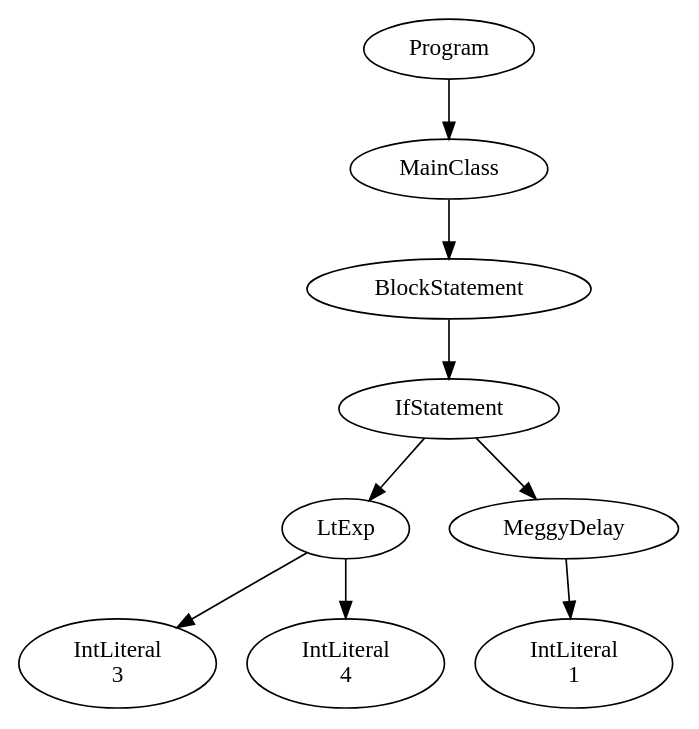
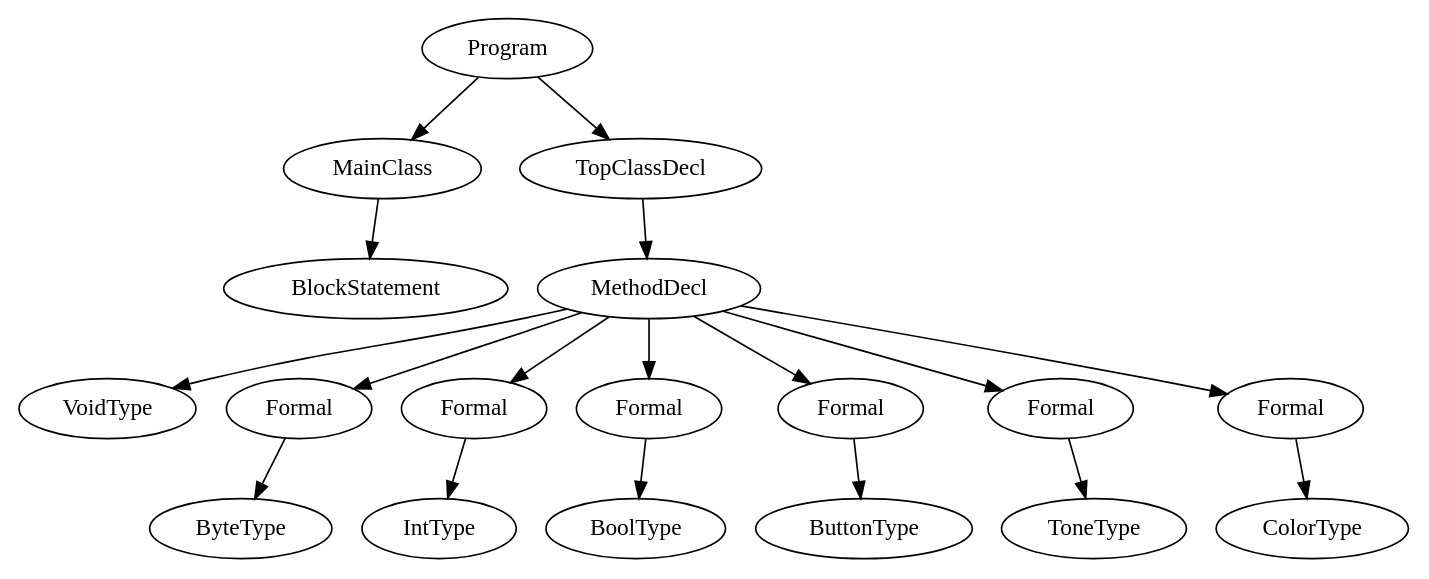
Before and after one commit to Ajith20/MeggyJava-compiler: the diagram in PA4/PA4Example1.java.ast.dot, drawn with Graphviz. The commit also changed 4 other files, not shown here.

Commit message:
Added MeggyToneStart and toneExp AVRgen stuff

```diff
--- a/PA4/PA4Example1.java.ast.dot
+++ b/PA4/PA4Example1.java.ast.dot
@@ -1,19 +1,37 @@
 digraph ASTGraph {
 0 [ label="Program" ];
 1 [ label="MainClass" ];
 0 -> 1
 2 [ label="BlockStatement" ];
 1 -> 2
-3 [ label="IfStatement" ];
-2 -> 3
-4 [ label="LtExp" ];
+3 [ label="TopClassDecl" ];
+0 -> 3
+4 [ label="MethodDecl" ];
 3 -> 4
-5 [ label="IntLiteral\n3" ];
+5 [ label="VoidType" ];
 4 -> 5
-6 [ label="IntLiteral\n4" ];
+6 [ label="Formal" ];
 4 -> 6
-7 [ label="MeggyDelay" ];
-3 -> 7
-8 [ label="IntLiteral\n1" ];
-7 -> 8
+7 [ label="ByteType" ];
+6 -> 7
+8 [ label="Formal" ];
+4 -> 8
+9 [ label="IntType" ];
+8 -> 9
+10 [ label="Formal" ];
+4 -> 10
+11 [ label="BoolType" ];
+10 -> 11
+12 [ label="Formal" ];
+4 -> 12
+13 [ label="ButtonType" ];
+12 -> 13
+14 [ label="Formal" ];
+4 -> 14
+15 [ label="ToneType" ];
+14 -> 15
+16 [ label="Formal" ];
+4 -> 16
+17 [ label="ColorType" ];
+16 -> 17
 }
```
